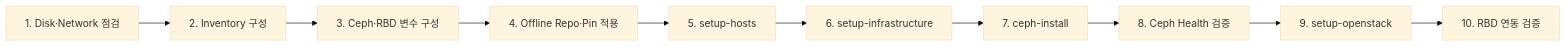
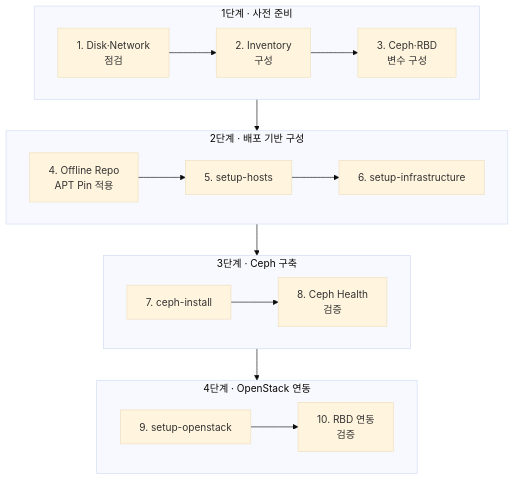
Before and after one commit to island-wq/openstack-vpc-portfolio: the second of 2 diagrams in docs/test-cases/ceph-deploy-config.md, drawn with Mermaid (base theme).

Commit message:
Improve Ceph deployment flow layout

````diff
--- a/docs/test-cases/ceph-deploy-config.md
+++ b/docs/test-cases/ceph-deploy-config.md
@@ -55,16 +55,36 @@
 ```mermaid
-flowchart LR
-  precheck["1. Disk·Network 점검"]
-  inventory["2. Inventory 구성"]
-  variables["3. Ceph·RBD 변수 구성"]
-  repo["4. Offline Repo·Pin 적용"]
-  hosts["5. setup-hosts"]
-  infra["6. setup-infrastructure"]
-  ceph["7. ceph-install"]
-  health["8. Ceph Health 검증"]
-  openstack["9. setup-openstack"]
-  rbd["10. RBD 연동 검증"]
+flowchart TB
+  subgraph prepare["1단계 · 사전 준비"]
+    direction LR
+    precheck["1. Disk·Network<br/>점검"]
+    inventory["2. Inventory<br/>구성"]
+    variables["3. Ceph·RBD<br/>변수 구성"]
+    precheck --> inventory --> variables
+  end
 
-  precheck --> inventory --> variables --> repo
-  repo --> hosts --> infra --> ceph --> health --> openstack --> rbd
+  subgraph foundation["2단계 · 배포 기반 구성"]
+    direction LR
+    repo["4. Offline Repo<br/>APT Pin 적용"]
+    hosts["5. setup-hosts"]
+    infra["6. setup-infrastructure"]
+    repo --> hosts --> infra
+  end
+
+  subgraph cluster["3단계 · Ceph 구축"]
+    direction LR
+    ceph["7. ceph-install"]
+    health["8. Ceph Health<br/>검증"]
+    ceph --> health
+  end
+
+  subgraph integration["4단계 · OpenStack 연동"]
+    direction LR
+    openstack["9. setup-openstack"]
+    rbd["10. RBD 연동<br/>검증"]
+    openstack --> rbd
+  end
+
+  variables --> repo
+  infra --> ceph
+  health --> openstack
 ```
````
